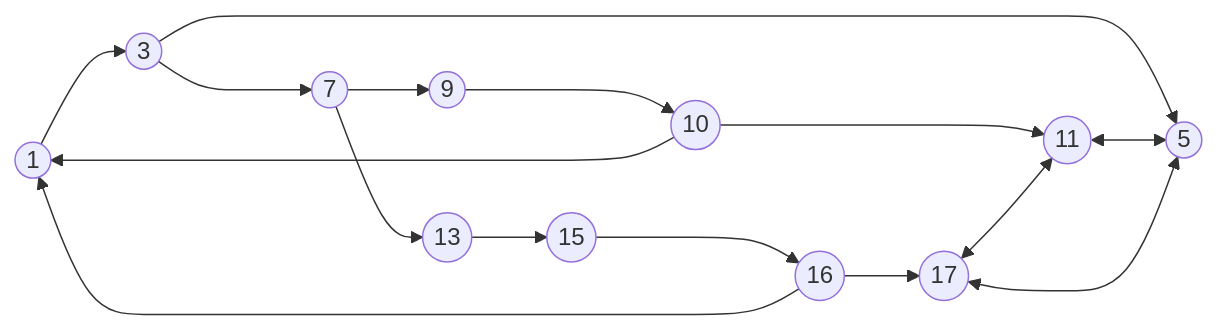
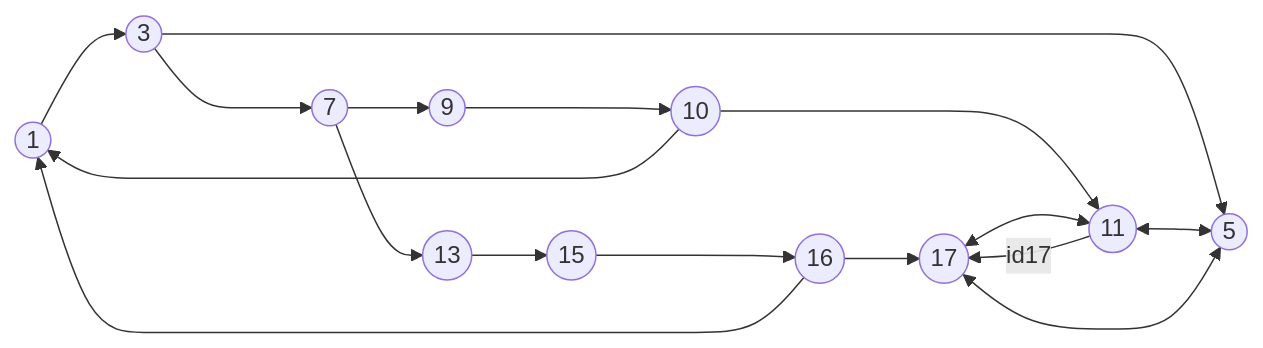
One commit to sd4483/Obsidian changed the fourth of 4 diagrams in Software Testing/Labs/Lab 01.md. Above: the diagram before and after it, drawn with Mermaid.

Commit message:
vault backup: 2023-02-24 15:15:51

````diff
--- a/Software Testing/Labs/Lab 01.md
+++ b/Software Testing/Labs/Lab 01.md
@@ -96,12 +96,14 @@
 ```mermaid
 flowchart LR
 	id1((1)) --> id3((3)) ---> id7((7)) --> id13((13))
 	id3 --> id5((5))
 	id7 --> id9((9)) ---> id10((10)) --> id11((11))
 	id13 --> id15((15)) ---> id16((16)) --> id17((17))
 	id17 <--> id11
+	id11 --
+	id17 --> id17
 	id11 <--> id5
 	id17 <--> id5
 	id10 --> id1
 	id16 --> id1
 ```
````
